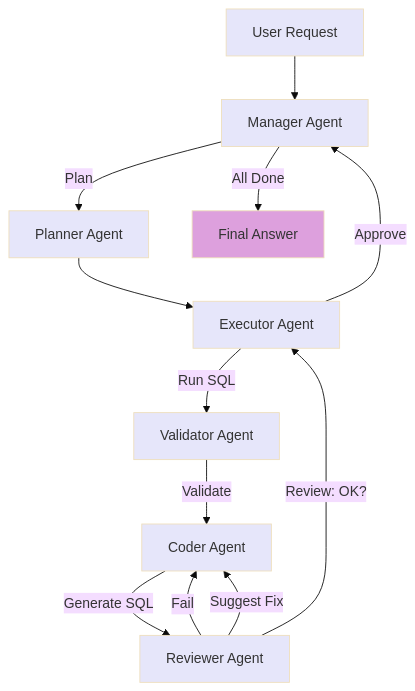
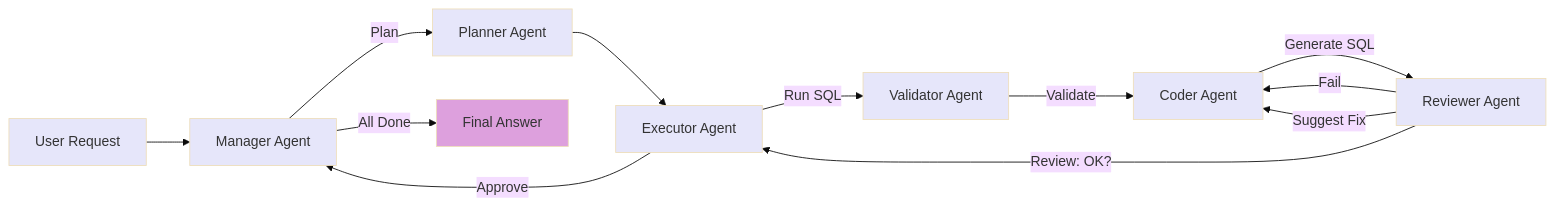
The fourth of 6 diagrams in _posts/2025-12-18-agent-concept.md (byte-wrangler/byte-wrangler.github.io), drawn with Mermaid (base theme) before and after one commit. The commit also changed other lines of this file, not shown here.

````diff
--- a/_posts/2025-12-18-agent-concept.md
+++ b/_posts/2025-12-18-agent-concept.md
@@ -390,23 +390,23 @@
 ```mermaid
-graph TD
+graph LR
     A[User Request] --> B[Manager Agent]
     B -->|Plan| C[Planner Agent]
     B -->|All Done| D[Final Answer]
     C --> E[Executor Agent]
     E -->|Run SQL| F[Validator Agent]
     F -->|Validate| G[Coder Agent]
     G -->|Generate SQL| H[Reviewer Agent]
     H -->|Fail| G
     H -->|Suggest Fix| G
     H -->|Review: OK?| E
     E -->|Approve| B
     
     style A fill:#E6E6FA
     style B fill:#E6E6FA
     style C fill:#E6E6FA
     style D fill:#DDA0DD
     style E fill:#E6E6FA
     style F fill:#E6E6FA
     style G fill:#E6E6FA
     style H fill:#E6E6FA
 ```
````
